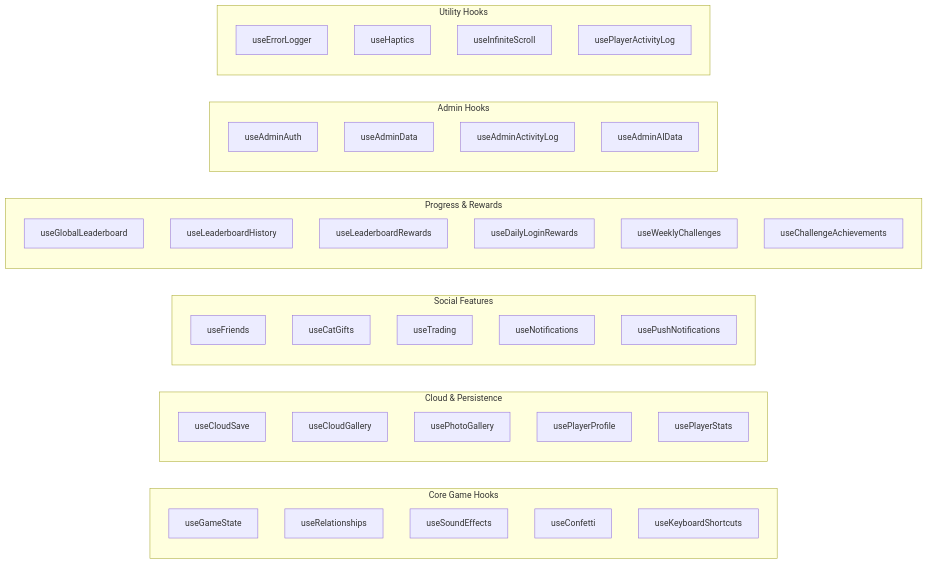
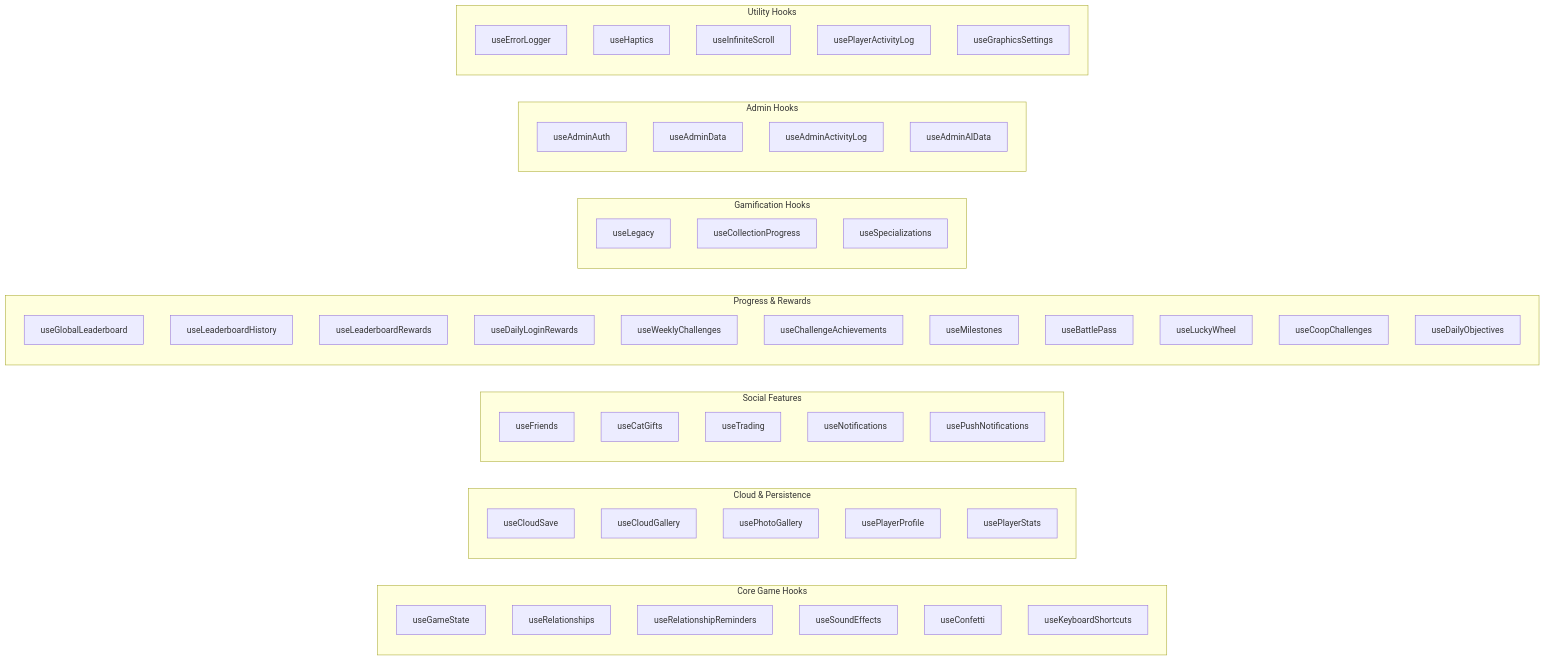
The fourth of 15 diagrams in docs/ARCHITECTURE_DIAGRAMS.md (tasyymou5e/cozy-cat-empire), drawn with Mermaid before and after one commit. The commit also changed other lines of this file and 8 other files, not shown here.

````diff
--- a/docs/ARCHITECTURE_DIAGRAMS.md
+++ b/docs/ARCHITECTURE_DIAGRAMS.md
@@ -111,49 +125,62 @@
 ```mermaid
 graph LR
     subgraph CoreGame["Core Game Hooks"]
         useGameState[useGameState]
         useRelationships[useRelationships]
+        useRelationshipReminders[useRelationshipReminders]
         useSoundEffects[useSoundEffects]
         useConfetti[useConfetti]
         useKeyboardShortcuts[useKeyboardShortcuts]
     end
     
     subgraph Cloud["Cloud & Persistence"]
         useCloudSave[useCloudSave]
         useCloudGallery[useCloudGallery]
         usePhotoGallery[usePhotoGallery]
         usePlayerProfile[usePlayerProfile]
         usePlayerStats[usePlayerStats]
     end
     
     subgraph Social["Social Features"]
         useFriends[useFriends]
         useCatGifts[useCatGifts]
         useTrading[useTrading]
         useNotifications[useNotifications]
         usePushNotifications[usePushNotifications]
     end
     
     subgraph Progress["Progress & Rewards"]
         useGlobalLeaderboard[useGlobalLeaderboard]
         useLeaderboardHistory[useLeaderboardHistory]
         useLeaderboardRewards[useLeaderboardRewards]
         useDailyLoginRewards[useDailyLoginRewards]
         useWeeklyChallenges[useWeeklyChallenges]
         useChallengeAchievements[useChallengeAchievements]
+        useMilestones[useMilestones]
+        useBattlePass[useBattlePass]
+        useLuckyWheel[useLuckyWheel]
+        useCoopChallenges[useCoopChallenges]
+        useDailyObjectives[useDailyObjectives]
+    end
+    
+    subgraph Gamification["Gamification Hooks"]
+        useLegacy[useLegacy]
+        useCollectionProgress[useCollectionProgress]
+        useSpecializations[useSpecializations]
     end
     
     subgraph Admin["Admin Hooks"]
         useAdminAuth[useAdminAuth]
         useAdminData[useAdminData]
         useAdminActivityLog[useAdminActivityLog]
         useAdminAIData[useAdminAIData]
     end
     
     subgraph Utility["Utility Hooks"]
         useErrorLogger[useErrorLogger]
         useHaptics[useHaptics]
         useInfiniteScroll[useInfiniteScroll]
         usePlayerActivityLog[usePlayerActivityLog]
+        useGraphicsSettings[useGraphicsSettings]
     end
 ```
````
